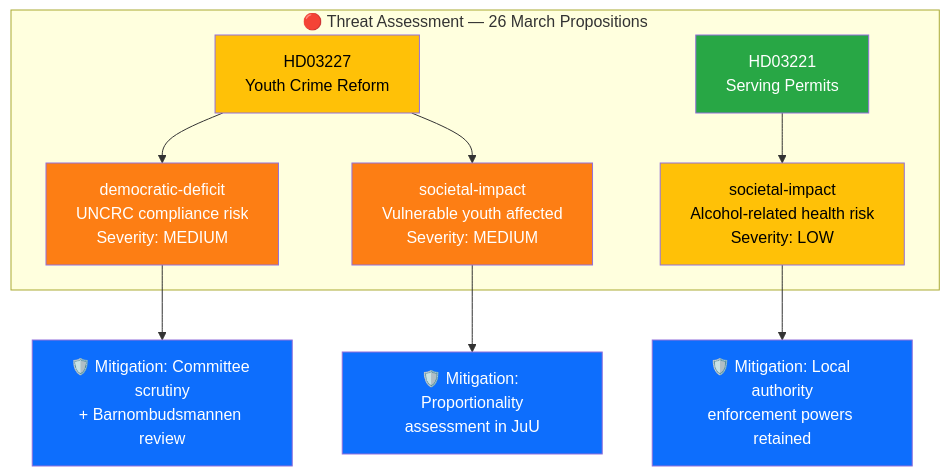
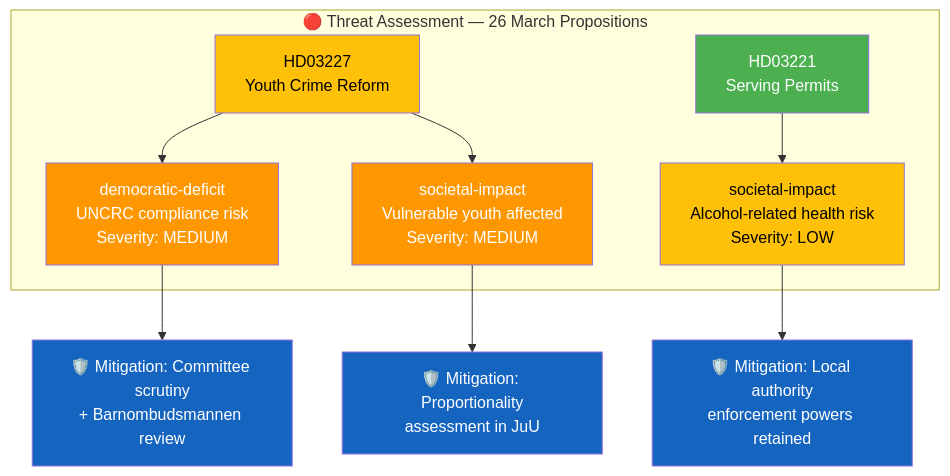
The diagram in analysis/daily/2026-03-26/propositions/threat-analysis.md (Hack23/riksdagsmonitor), drawn with Mermaid before and after one commit. The commit also changed 785 other files, not shown here.

First line of the commit message:
Normalize mermaid colors across 786 analysis artifacts to ISMS Style Guide palette

````diff
--- a/analysis/daily/2026-03-26/propositions/threat-analysis.md
+++ b/analysis/daily/2026-03-26/propositions/threat-analysis.md
@@ -14,21 +14,21 @@
 ```mermaid
 graph TD
     subgraph "🔴 Threat Assessment — 26 March Propositions"
         HD03227["HD03227<br/>Youth Crime Reform"] --> T1["democratic-deficit<br/>UNCRC compliance risk<br/>Severity: MEDIUM"]
         HD03227 --> T2["societal-impact<br/>Vulnerable youth affected<br/>Severity: MEDIUM"]
         HD03221["HD03221<br/>Serving Permits"] --> T3["societal-impact<br/>Alcohol-related health risk<br/>Severity: LOW"]
     end
     
     T1 --> MIT1["🛡️ Mitigation: Committee scrutiny<br/>+ Barnombudsmannen review"]
     T2 --> MIT2["🛡️ Mitigation: Proportionality<br/>assessment in JuU"]
     T3 --> MIT3["🛡️ Mitigation: Local authority<br/>enforcement powers retained"]
     
-    style HD03227 fill:#ffc107,color:#000
-    style HD03221 fill:#28a745,color:#fff
-    style T1 fill:#fd7e14,color:#fff
-    style T2 fill:#fd7e14,color:#fff
-    style T3 fill:#ffc107,color:#000
-    style MIT1 fill:#0d6efd,color:#fff
-    style MIT2 fill:#0d6efd,color:#fff
-    style MIT3 fill:#0d6efd,color:#fff
+    style HD03227 fill:#FFC107,color:#000000
+    style HD03221 fill:#4CAF50,color:#FFFFFF
+    style T1 fill:#FF9800,color:#FFFFFF
+    style T2 fill:#FF9800,color:#FFFFFF
+    style T3 fill:#FFC107,color:#000000
+    style MIT1 fill:#1565C0,color:#FFFFFF
+    style MIT2 fill:#1565C0,color:#FFFFFF
+    style MIT3 fill:#1565C0,color:#FFFFFF
 ```
````
